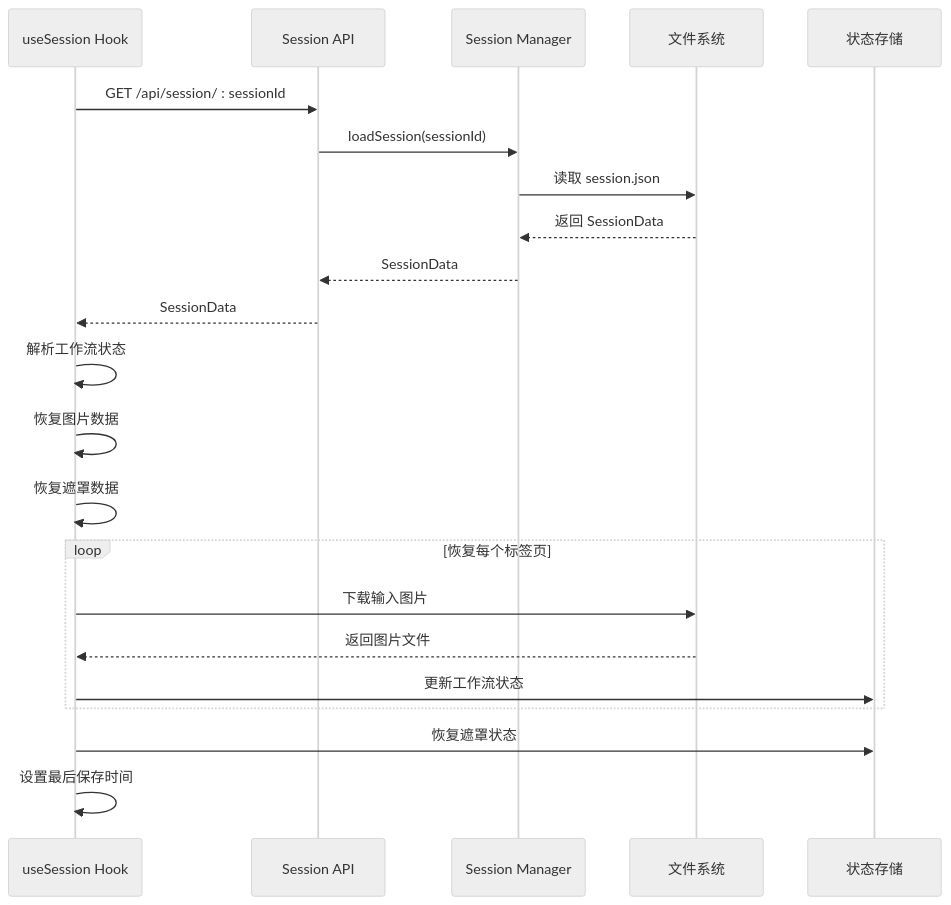
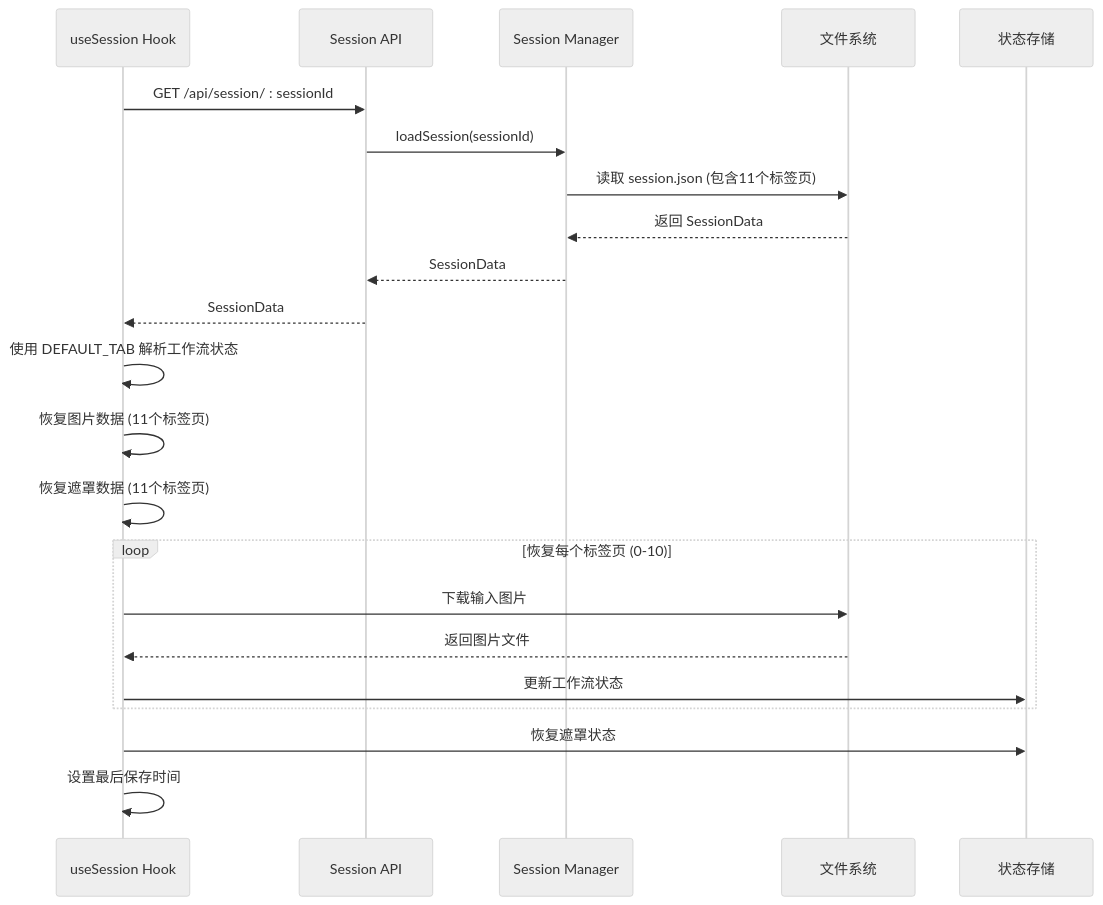
One commit to billye220670/CorineKit_Pix2Real changed the sixth of 7 diagrams in .qoder/repowiki/zh/content/前端应用/状态管理系统/会话状态管理.md. Above: the diagram before and after it, drawn with Mermaid (neutral theme). The commit also changed other lines of this file and 21 other files, not shown here.

````diff
--- a/.qoder/repowiki/zh/content/前端应用/状态管理系统/会话状态管理.md
+++ b/.qoder/repowiki/zh/content/前端应用/状态管理系统/会话状态管理.md
@@ -235,24 +306,24 @@
 ```mermaid
 sequenceDiagram
 participant Hook as useSession Hook
 participant API as Session API
 participant Manager as Session Manager
 participant FS as 文件系统
 participant Stores as 状态存储
 Hook->>API : GET /api/session/ : sessionId
 API->>Manager : loadSession(sessionId)
-Manager->>FS : 读取 session.json
+Manager->>FS : 读取 session.json (包含11个标签页)
 FS-->>Manager : 返回 SessionData
 Manager-->>API : SessionData
 API-->>Hook : SessionData
-Hook->>Hook : 解析工作流状态
-Hook->>Hook : 恢复图片数据
-Hook->>Hook : 恢复遮罩数据
-loop 恢复每个标签页
+Hook->>Hook : 使用 DEFAULT_TAB 解析工作流状态
+Hook->>Hook : 恢复图片数据 (11个标签页)
+Hook->>Hook : 恢复遮罩数据 (11个标签页)
+loop 恢复每个标签页 (0-10)
 Hook->>FS : 下载输入图片
 FS-->>Hook : 返回图片文件
 Hook->>Stores : 更新工作流状态
 end
 Hook->>Stores : 恢复遮罩状态
 Hook->>Hook : 设置最后保存时间
 ```
````
